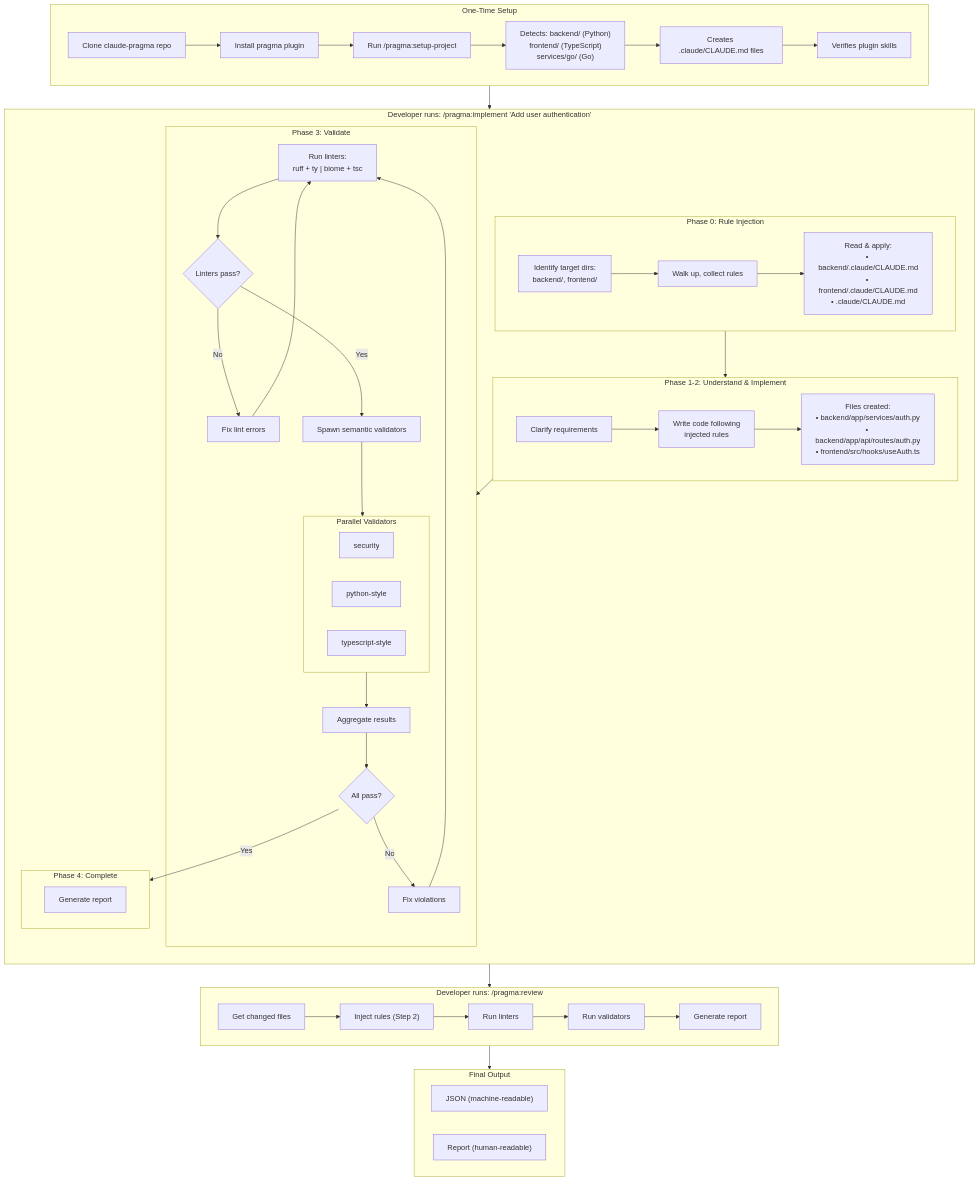
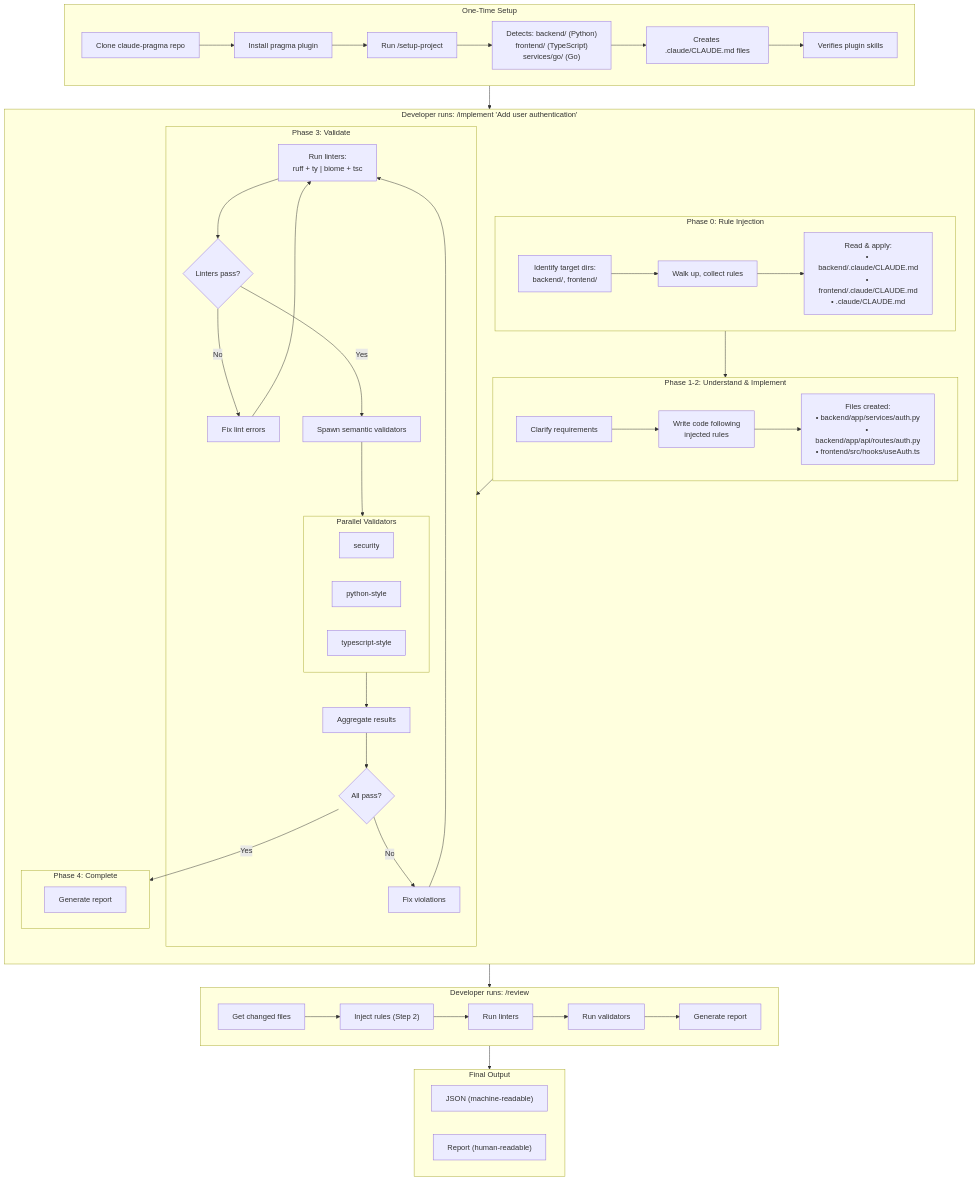
The first of 9 diagrams in ARCHITECTURE.md (peteski22/claude-pragma), drawn with Mermaid before and after one commit. The commit also changed other lines of this file and 12 other files, not shown here.

````diff
--- a/ARCHITECTURE.md
+++ b/ARCHITECTURE.md
@@ -9,78 +9,78 @@
 ```mermaid
 flowchart TB
     subgraph Setup["One-Time Setup"]
         S1["Clone claude-pragma repo"]
         S2["Install pragma plugin"]
-        S3["Run /pragma:setup-project"]
+        S3["Run /setup-project"]
         S1 --> S2 --> S3
         S3 --> S3a["Detects: backend/ (Python)<br/>frontend/ (TypeScript)<br/>services/go/ (Go)"]
         S3a --> S3b["Creates .claude/CLAUDE.md files"]
         S3b --> S3c["Verifies plugin skills"]
     end
 
-    subgraph Implement["Developer runs: /pragma:implement 'Add user authentication'"]
+    subgraph Implement["Developer runs: /implement 'Add user authentication'"]
         direction TB
 
         subgraph P0["Phase 0: Rule Injection"]
             P0a["Identify target dirs:<br/>backend/, frontend/"]
             P0b["Walk up, collect rules"]
             P0c["Read & apply:<br/>• backend/.claude/CLAUDE.md<br/>• frontend/.claude/CLAUDE.md<br/>• .claude/CLAUDE.md"]
             P0a --> P0b --> P0c
         end
 
         subgraph P12["Phase 1-2: Understand & Implement"]
             P12a["Clarify requirements"]
             P12b["Write code following<br/>injected rules"]
             P12c["Files created:<br/>• backend/app/services/auth.py<br/>• backend/app/api/routes/auth.py<br/>• frontend/src/hooks/useAuth.ts"]
             P12a --> P12b --> P12c
         end
 
         subgraph P3["Phase 3: Validate"]
             P3a["Run linters:<br/>ruff + ty | biome + tsc"]
             P3b{Linters pass?}
             P3c["Fix lint errors"]
             P3d["Spawn semantic validators"]
 
             P3a --> P3b
             P3b -->|No| P3c --> P3a
             P3b -->|Yes| P3d
 
             subgraph Validators["Parallel Validators"]
                 V1["security"]
                 V2["python-style"]
                 V3["typescript-style"]
             end
 
             P3d --> Validators
             Validators --> P3e["Aggregate results"]
             P3e --> P3f{All pass?}
             P3f -->|No| P3g["Fix violations"]
             P3g --> P3a
         end
 
         subgraph P4["Phase 4: Complete"]
             P4a["Generate report"]
         end
 
         P0 --> P12 --> P3
         P3f -->|Yes| P4
     end
 
-    subgraph Review["Developer runs: /pragma:review"]
+    subgraph Review["Developer runs: /review"]
         R1["Get changed files"]
         R2["Inject rules (Step 2)"]
         R3["Run linters"]
         R4["Run validators"]
         R5["Generate report"]
         R1 --> R2 --> R3 --> R4 --> R5
     end
 
     subgraph Output["Final Output"]
         O1["JSON (machine-readable)"]
         O2["Report (human-readable)"]
     end
 
     Setup --> Implement
     Implement --> Review
     Review --> Output
 ```
````
